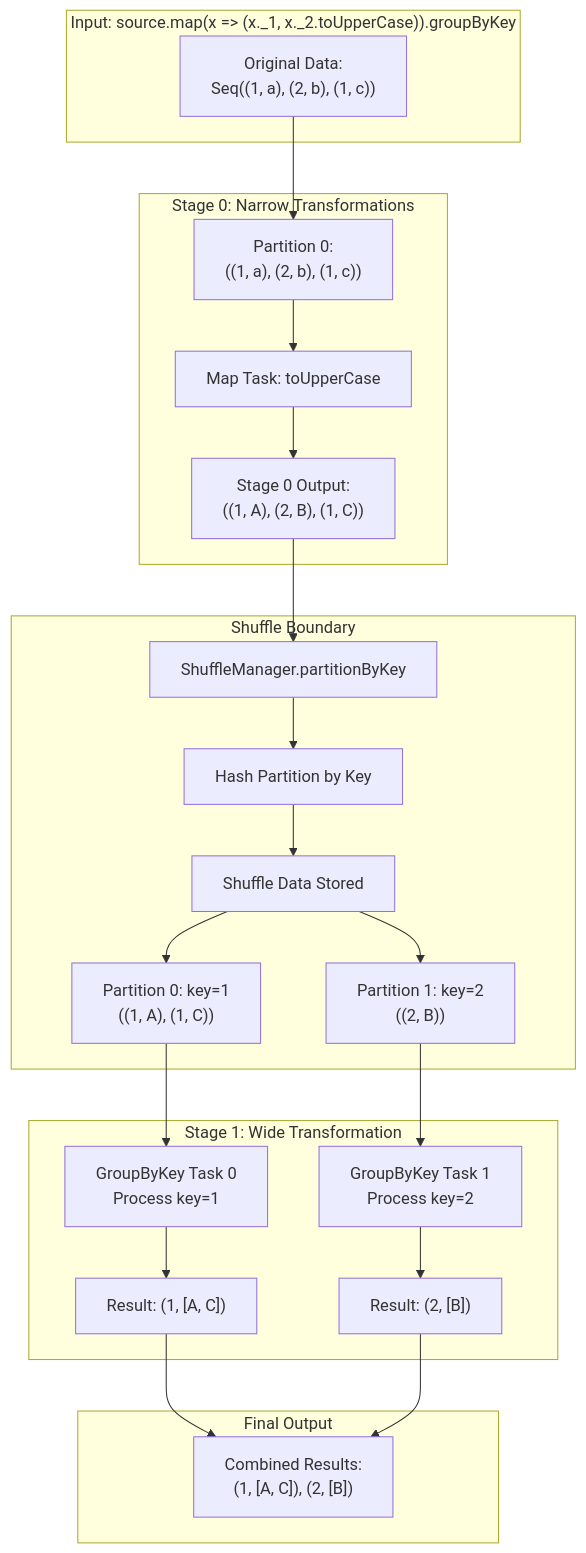
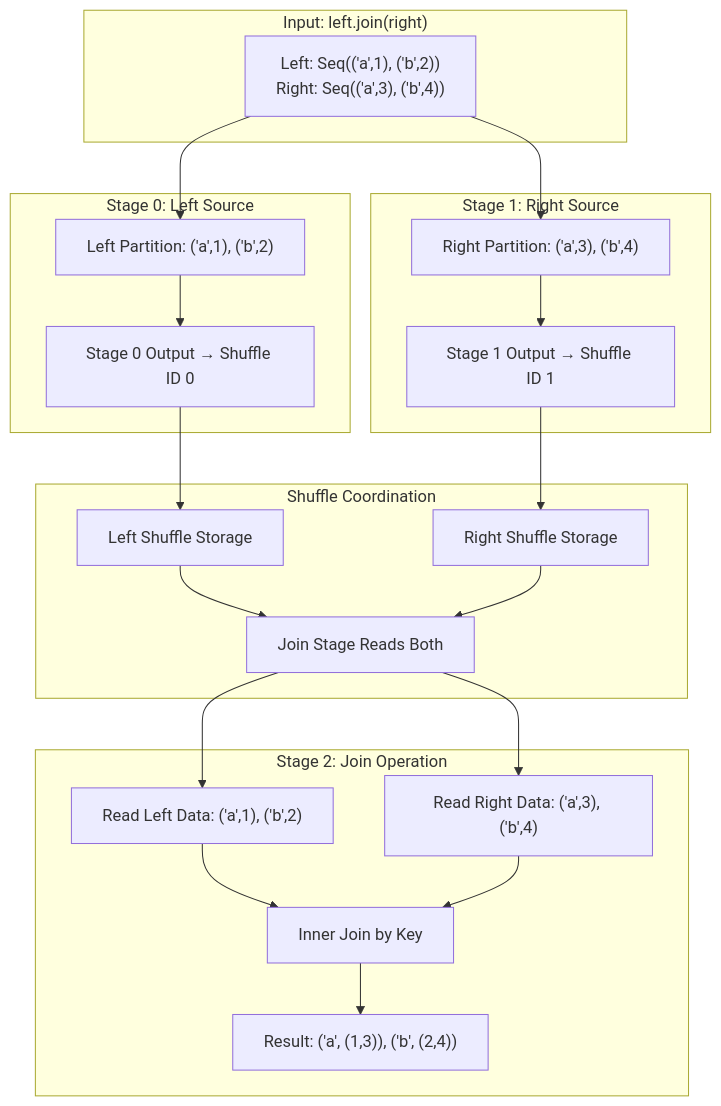
The sixth of 9 diagrams in DAGScheduler.md (ewoodbury/scarlet), drawn with Mermaid before and after one commit. The commit also changed other lines of this file and 3 other files, not shown here.

````diff
--- a/DAGScheduler.md
+++ b/DAGScheduler.md
@@ -135,34 +176,34 @@
 ```mermaid
 graph TD
-    subgraph "Input: source.map(x => (x._1, x._2.toUpperCase)).groupByKey"
-        A["Original Data:<br/>Seq((1, a), (2, b), (1, c))"]
+    subgraph "Input: left.join(right)"
+        A["Left: Seq(('a',1), ('b',2))<br/>Right: Seq(('a',3), ('b',4))"]
     end
     
-    subgraph "Stage 0: Narrow Transformations"
-        A --> B["Partition 0:<br/>((1, a), (2, b), (1, c))"]
-        B --> C["Map Task: toUpperCase"]
-        C --> D["Stage 0 Output:<br/>((1, A), (2, B), (1, C))"]
+    subgraph "Stage 0: Left Source" 
+        A --> B["Left Partition: ('a',1), ('b',2)"]
+        B --> C["Stage 0 Output → Shuffle ID 0"]
     end
     
-    subgraph "Shuffle Boundary"
-        D --> E["ShuffleManager.partitionByKey"]
-        E --> F["Hash Partition by Key"]
-        F --> G["Shuffle Data Stored"]
-        
-        G --> H["Partition 0: key=1<br/>((1, A), (1, C))"]
-        G --> I["Partition 1: key=2<br/>((2, B))"]
+    subgraph "Stage 1: Right Source"
+        A --> D["Right Partition: ('a',3), ('b',4)"] 
+        D --> E["Stage 1 Output → Shuffle ID 1"]
     end
     
-    subgraph "Stage 1: Wide Transformation"
-        H --> J["GroupByKey Task 0<br/>Process key=1"]
-        I --> K["GroupByKey Task 1<br/>Process key=2"] 
+    subgraph "Shuffle Coordination"
+        C --> F["Left Shuffle Storage"]
+        E --> G["Right Shuffle Storage"]
         
-        J --> L["Result: (1, [A, C])"]
-        K --> M["Result: (2, [B])"]
+        F --> H["Join Stage Reads Both"]
+        G --> H
     end
     
-    subgraph "Final Output"
-        L --> N["Combined Results:<br/>(1, [A, C]), (2, [B])"]
-        M --> N
+    subgraph "Stage 2: Join Operation"
+        H --> I["Read Left Data: ('a',1), ('b',2)"]
+        H --> J["Read Right Data: ('a',3), ('b',4)"]
+        
+        I --> K["Inner Join by Key"]
+        J --> K
+        
+        K --> L["Result: ('a', (1,3)), ('b', (2,4))"]
     end
 ```
````
